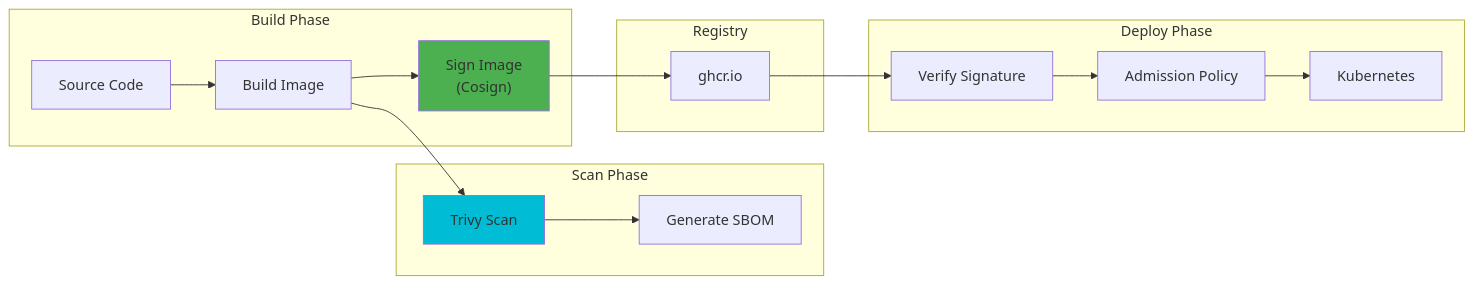
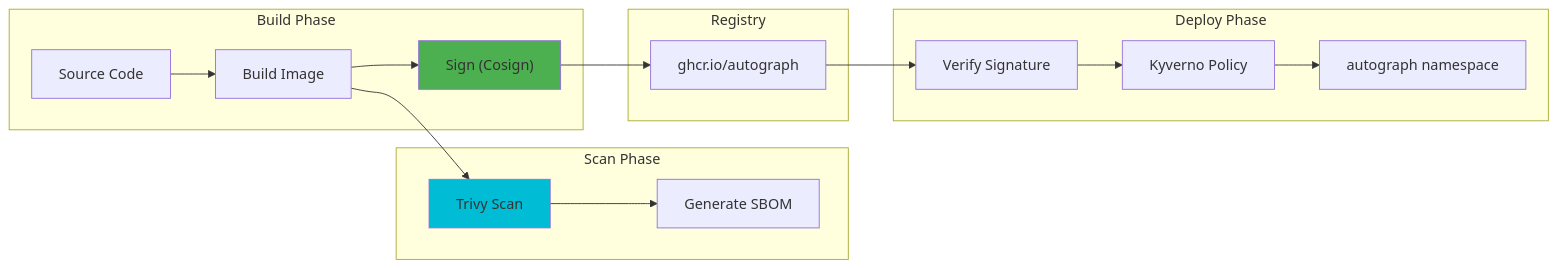
The seventh of 8 diagrams in DevOps/03-Platform/03-Security.md (PearlThoughtsInternship/Internship-Obsidian-Vault), drawn with Mermaid before and after one commit. The commit also changed other lines of this file and 1 other file, not shown here.

First line of the commit message:
rebrand: Product Vision + Security with Autograph context

````diff
--- a/DevOps/03-Platform/03-Security.md
+++ b/DevOps/03-Platform/03-Security.md
@@ -527,30 +550,30 @@
 ```mermaid
 flowchart LR
     subgraph Build["Build Phase"]
         Code["Source Code"]
         Build2["Build Image"]
-        Sign["Sign Image<br/>(Cosign)"]
+        Sign["Sign (Cosign)"]
     end
 
     subgraph Scan["Scan Phase"]
         Trivy["Trivy Scan"]
         SBOM["Generate SBOM"]
     end
 
     subgraph Registry["Registry"]
-        GHCR["ghcr.io"]
+        GHCR["ghcr.io/autograph"]
     end
 
     subgraph Deploy["Deploy Phase"]
         Verify["Verify Signature"]
-        Policy["Admission Policy"]
-        K8s["Kubernetes"]
+        Policy["Kyverno Policy"]
+        K8s["autograph namespace"]
     end
 
     Code --> Build2 --> Sign --> GHCR
     Build2 --> Trivy --> SBOM
     GHCR --> Verify --> Policy --> K8s
 
     style Sign fill:#4CAF50
     style Trivy fill:#00BCD4
 ```
````
